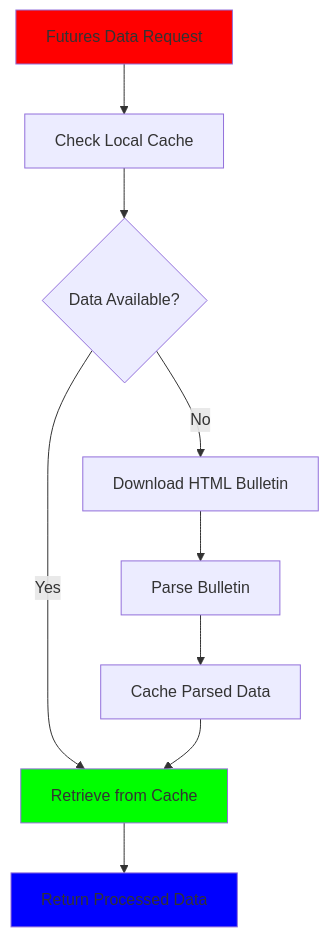
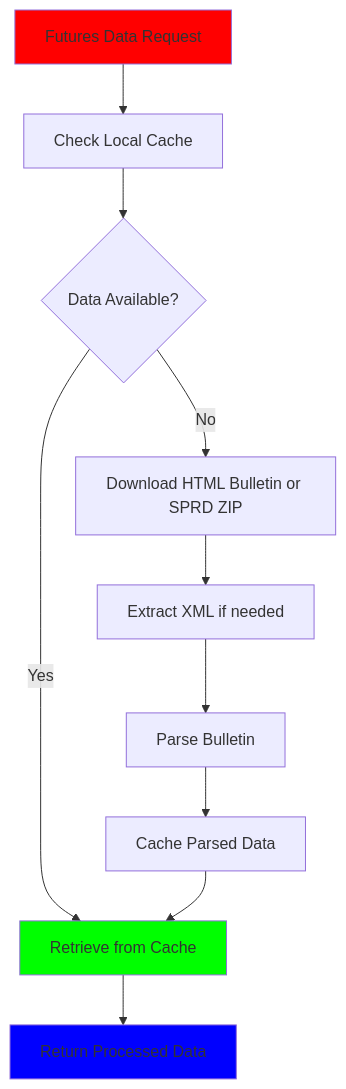
Before and after one commit to hugorteixeira/brfutures: the diagram in README.md, drawn with Mermaid. The commit also changed other lines of this file and 8 other files, not shown here.

````diff
--- a/README.md
+++ b/README.md
@@ -114,15 +128,16 @@
 ```mermaid
 graph TD
     A[Futures Data Request] --> B[Check Local Cache]
     B --> C{Data Available?}
     C -->|Yes| D[Retrieve from Cache]
-    C -->|No| E[Download HTML Bulletin]
-    E --> F[Parse Bulletin]
-    F --> G[Cache Parsed Data]
-    G --> D
-    D --> H[Return Processed Data]
+    C -->|No| E[Download HTML Bulletin or SPRD ZIP]
+    E --> F[Extract XML if needed]
+    F --> G[Parse Bulletin]
+    G --> H[Cache Parsed Data]
+    H --> D
+    D --> I[Return Processed Data]
     
     style A fill:#FF0000
     style D fill:#00FF00
-    style H fill:#0000FF
+    style I fill:#0000FF
 ```
````
